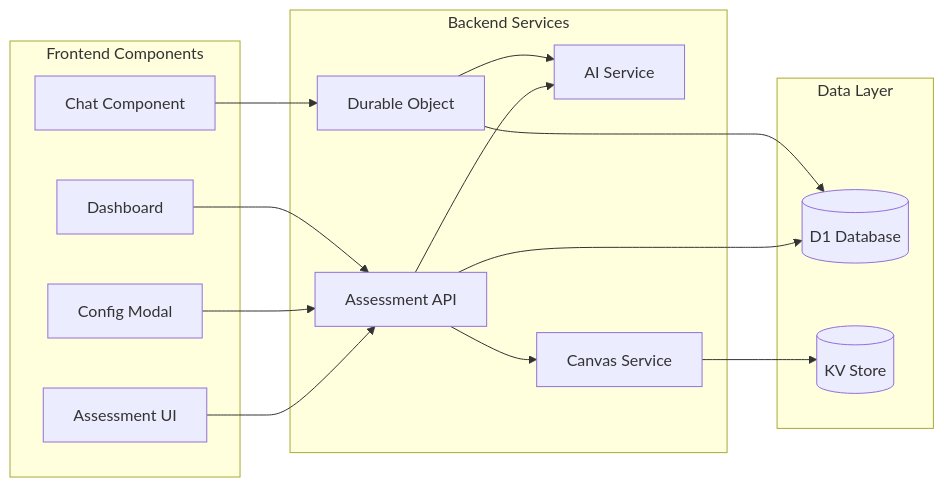
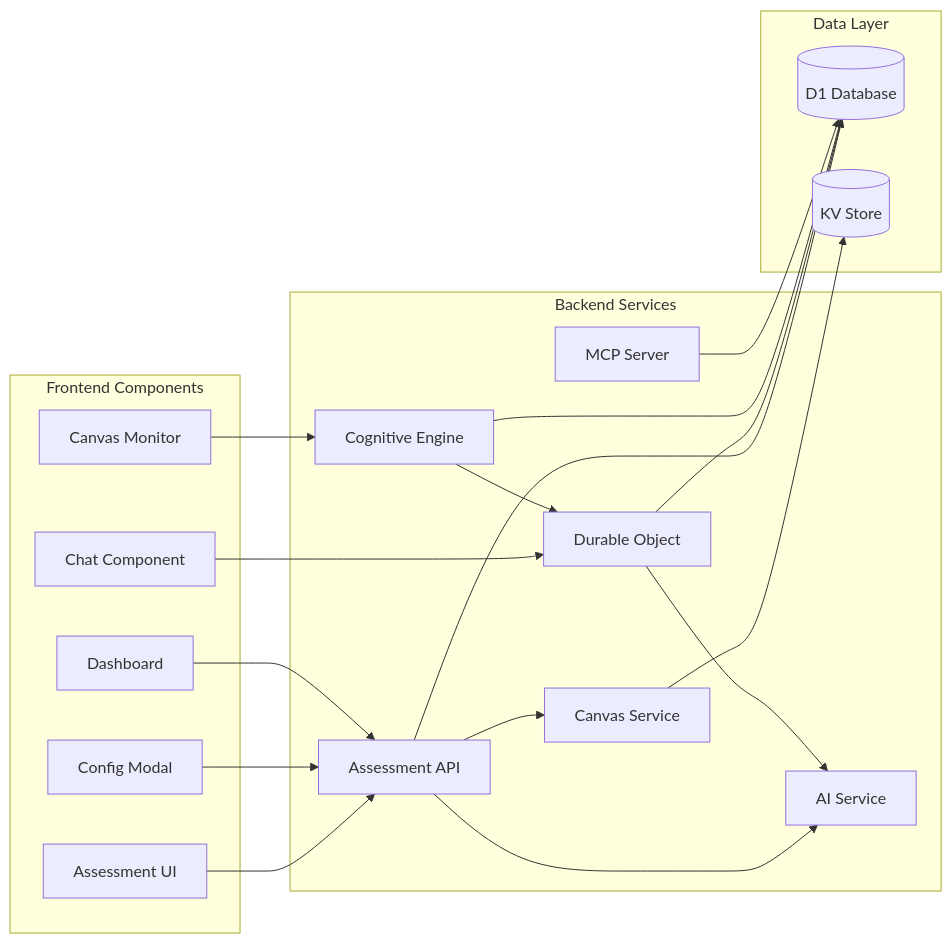
The second of 6 diagrams in docs/architecture.md (atomicjolt-com/atomic-guide), drawn with Mermaid before and after one commit. The commit also changed other lines of this file and 5 other files, not shown here.

````diff
--- a/docs/architecture.md
+++ b/docs/architecture.md
@@ -543,35 +1237,43 @@
 ```mermaid
 graph LR
     subgraph "Frontend Components"
         UI[Assessment UI]
         Chat[Chat Component]
         Config[Config Modal]
         Dash[Dashboard]
+        Monitor[Canvas Monitor]
     end
 
     subgraph "Backend Services"
         API[Assessment API]
         AI[AI Service]
         Canvas[Canvas Service]
         DO[Durable Object]
+        Cognitive[Cognitive Engine]
+        MCP[MCP Server]
     end
 
     subgraph "Data Layer"
         D1[(D1 Database)]
         KV[(KV Store)]
     end
 
     UI --> API
     Chat --> DO
     Config --> API
     Dash --> API
+    Monitor --> Cognitive
 
     API --> AI
     API --> Canvas
     API --> D1
 
     DO --> AI
     DO --> D1
 
+    Cognitive --> D1
+    Cognitive --> DO
+
     Canvas --> KV
+    MCP --> D1
 ```
````
